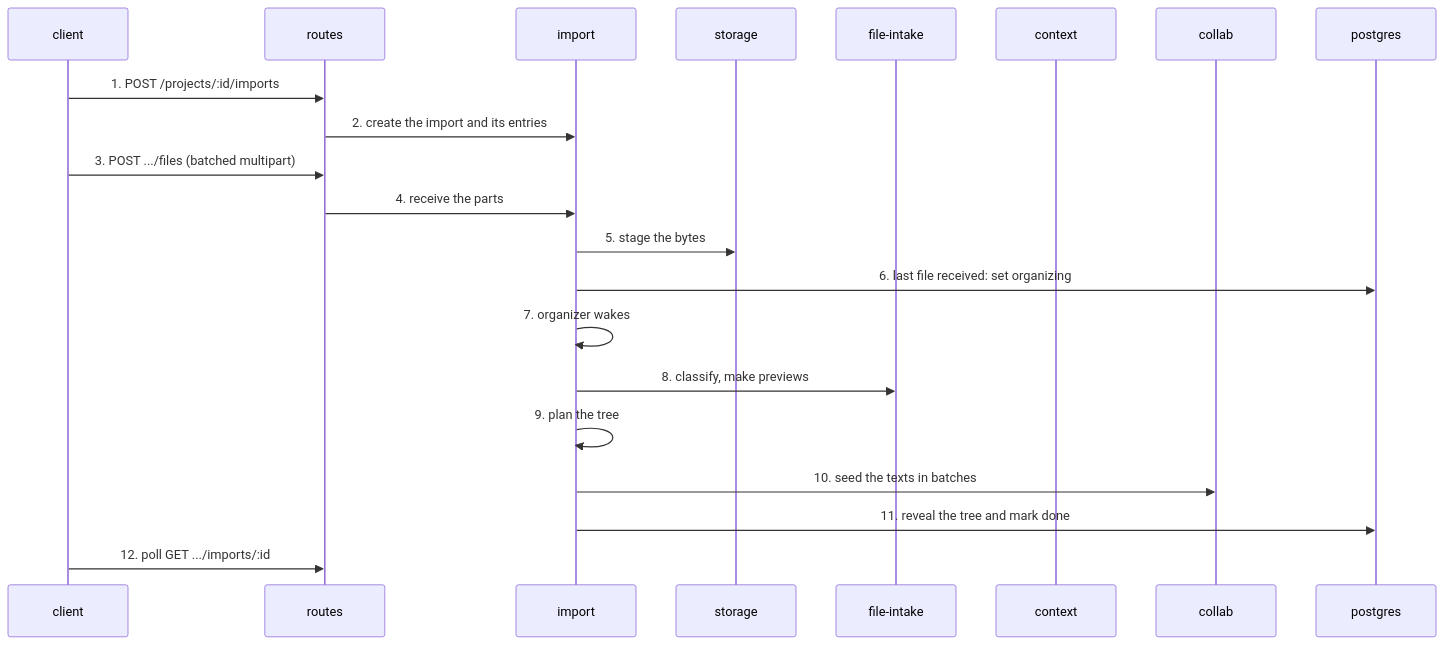
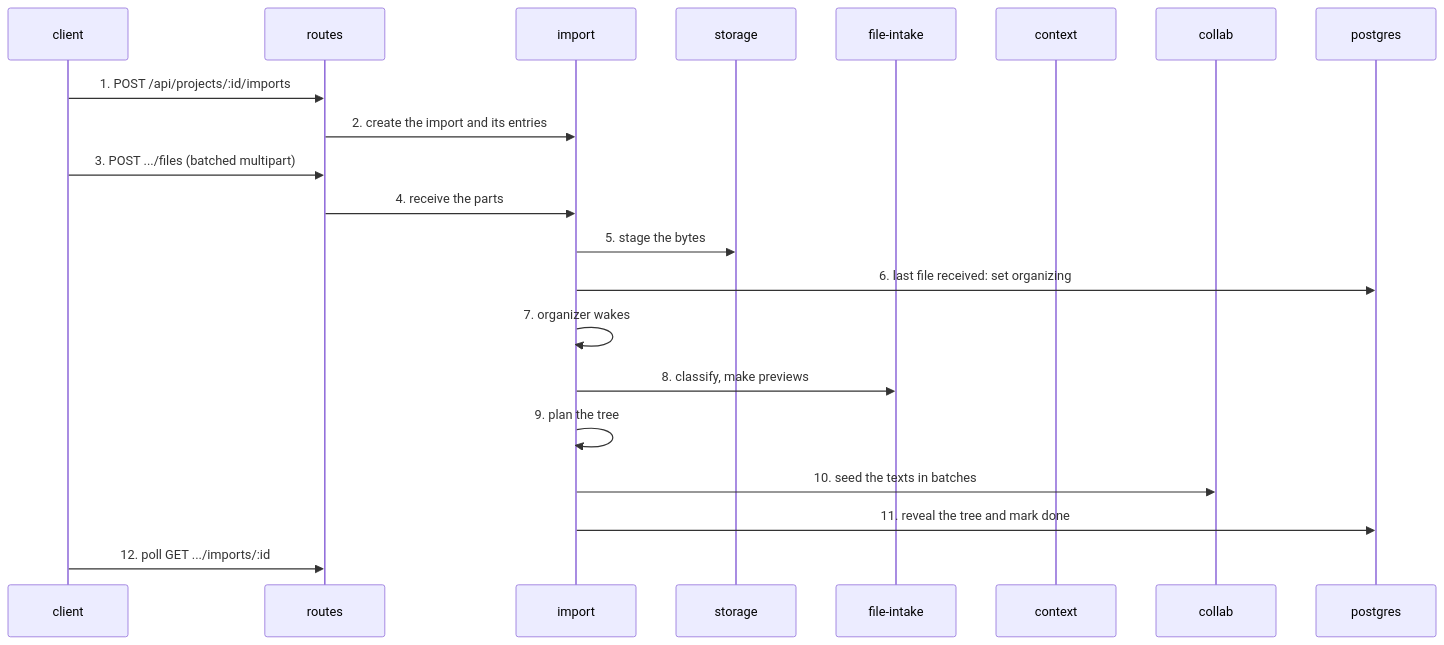
One commit to haowjy/meridian-flow changed the diagram in .context/system-architecture/flows/an-import.md. Above: the diagram before and after it, drawn with Mermaid. The commit also changed 8 other files, not shown here.

First line of the commit message:
Correct the architecture map's pages against the code

````diff
--- a/.context/system-architecture/flows/an-import.md
+++ b/.context/system-architecture/flows/an-import.md
@@ -7,23 +7,23 @@
 ```mermaid
 sequenceDiagram
   participant client
   participant server-routes as routes
   participant server-files-import as import
   participant storage
   participant file-intake
   participant context
   participant collab
   participant postgres
-  client->>server-routes: 1. POST /projects/:id/imports
+  client->>server-routes: 1. POST /api/projects/:id/imports
   server-routes->>server-files-import: 2. create the import and its entries
   client->>server-routes: 3. POST .../files (batched multipart)
   server-routes->>server-files-import: 4. receive the parts
   server-files-import->>storage: 5. stage the bytes
   server-files-import->>postgres: 6. last file received: set organizing
   server-files-import->>server-files-import: 7. organizer wakes
   server-files-import->>file-intake: 8. classify, make previews
   server-files-import->>server-files-import: 9. plan the tree
   server-files-import->>collab: 10. seed the texts in batches
   server-files-import->>postgres: 11. reveal the tree and mark done
   client->>server-routes: 12. poll GET .../imports/:id
 ```
````
